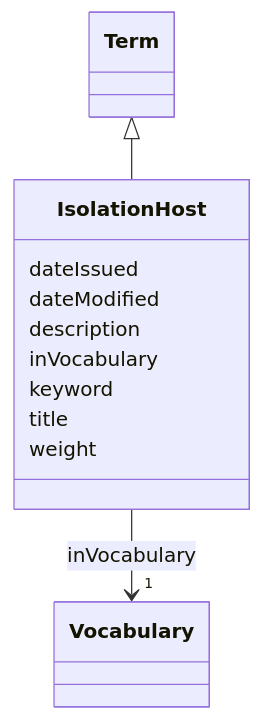
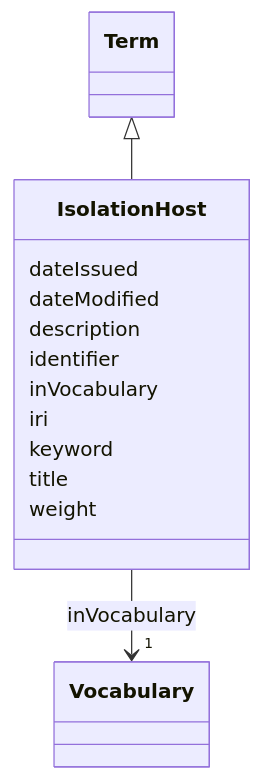
Before and after one commit to EVORA-project/evora-ontology: the diagram in models/docs/IsolationHost.md, drawn with Mermaid. The commit also changed other lines of this file and 391 other files, not shown here.

````diff
--- a/models/docs/IsolationHost.md
+++ b/models/docs/IsolationHost.md
@@ -19,30 +19,34 @@
 ```mermaid
  classDiagram
     class IsolationHost
     click IsolationHost href "../IsolationHost"
       Term <|-- IsolationHost
         click Term href "../Term"
       
       IsolationHost : dateIssued
         
       IsolationHost : dateModified
         
       IsolationHost : description
         
+      IsolationHost : identifier
+        
       IsolationHost : inVocabulary
         
           
     
     
     IsolationHost --> "1" Vocabulary : inVocabulary
     click Vocabulary href "../Vocabulary"
 
         
+      IsolationHost : iri
+        
       IsolationHost : keyword
         
       IsolationHost : title
         
       IsolationHost : weight
         
       
 ```
````
